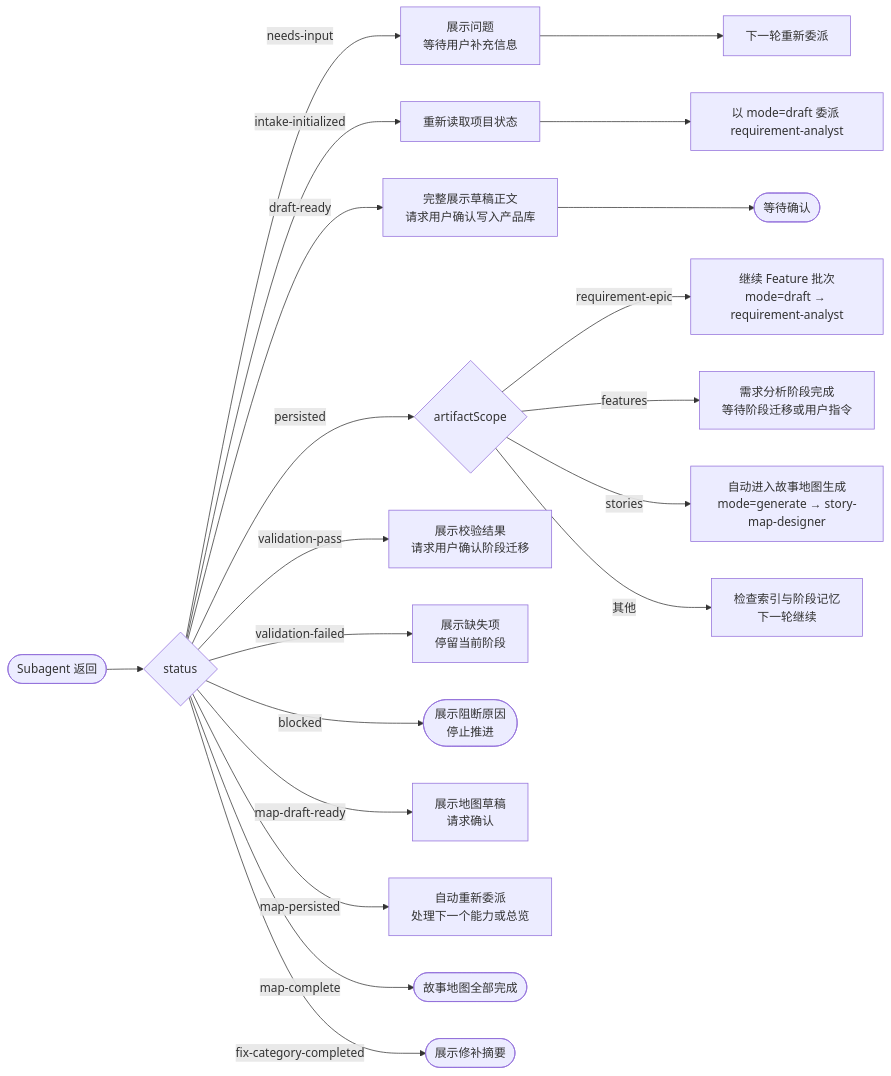
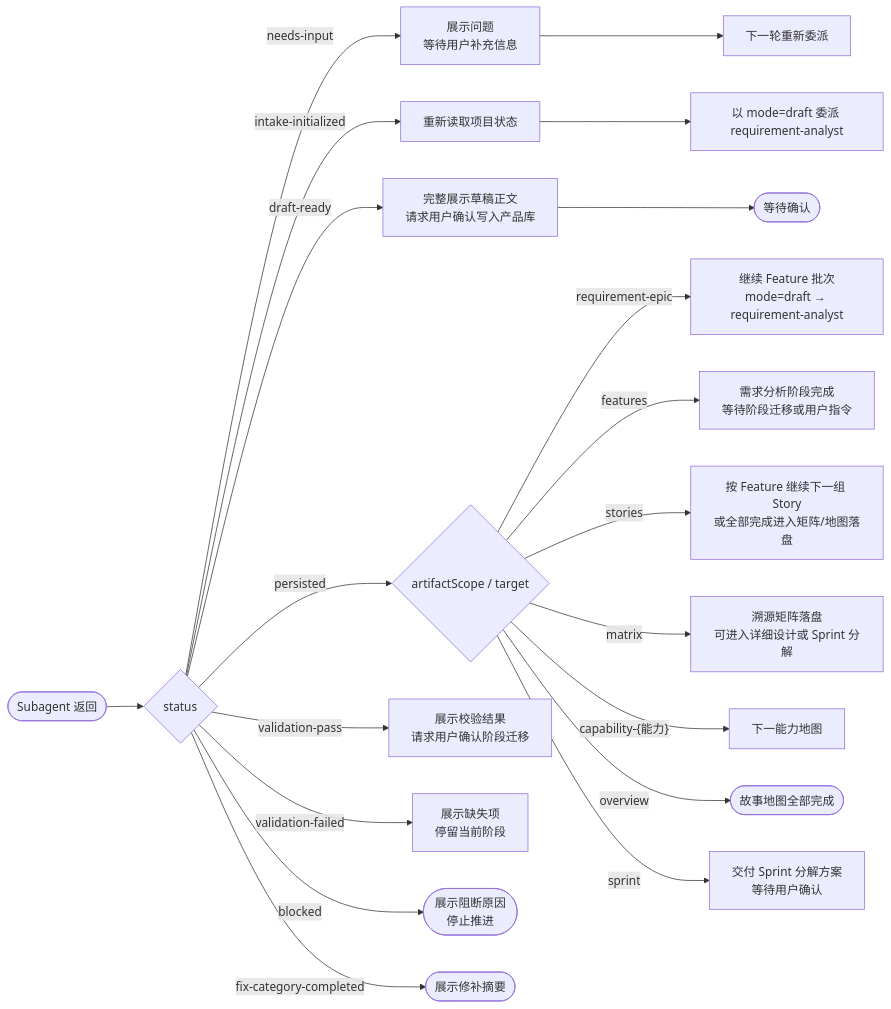
The second of 8 diagrams in README.md (Tiger0521/pm-orchestrator), drawn with Mermaid before and after one commit. The commit also changed other lines of this file and 85 other files, not shown here.

Commit message:
release: V4.0.3 移除用户故事地图总览产物；story-map合并需求拆解、新增sprint-planner与phase-navigator；修复原型框选拖拽锁定与迭代规划表格wikilink转义

````diff
--- a/README.md
+++ b/README.md
@@ -384,30 +390,29 @@
 ```mermaid
 flowchart LR
     Result([Subagent 返回]) --> Status{status}
 
     Status -- needs-input --> Ask[展示问题<br/>等待用户补充信息]
     Ask --> ReDelegate[下一轮重新委派]
 
     Status -- intake-initialized --> ReRead[重新读取项目状态]
     ReRead --> RARedelegate[以 mode=draft 委派 requirement-analyst]
 
     Status -- draft-ready --> Preview[完整展示草稿正文<br/>请求用户确认写入产品库]
     Preview --> WaitInput([等待确认])
 
-    Status -- persisted --> Artifact{artifactScope}
+    Status -- persisted --> Artifact{artifactScope / target}
 
     Artifact -- requirement-epic --> ContinueFeature[继续 Feature 批次<br/>mode=draft → requirement-analyst]
     Artifact -- features --> PhaseComplete[需求分析阶段完成<br/>等待阶段迁移或用户指令]
-    Artifact -- stories --> AutoStoryMap[自动进入故事地图生成<br/>mode=generate → story-map-designer]
-    Artifact -- 其他 --> Continue[检查索引与阶段记忆<br/>下一轮继续]
+    Artifact -- stories --> NextStoryGroup[按 Feature 继续下一组 Story<br/>或全部完成进入矩阵/地图落盘]
+    Artifact -- matrix --> FinishStoryMap[溯源矩阵落盘<br/>可进入详细设计或 Sprint 分解]
+    Artifact -- capability-{能力} --> NextCapability[下一能力地图]
+    Artifact -- overview --> MapDone([故事地图全部完成])
+    Artifact -- sprint --> SprintDone[交付 Sprint 分解方案<br/>等待用户确认]
 
     Status -- validation-pass --> ShowResult[展示校验结果<br/>请求用户确认阶段迁移]
     Status -- validation-failed --> ShowFail[展示缺失项<br/>停留当前阶段]
     Status -- blocked --> Blocked([展示阻断原因<br/>停止推进])
 
-    Status -- map-draft-ready --> ShowMap[展示地图草稿<br/>请求确认]
-    Status -- map-persisted --> NextCapability[自动重新委派<br/>处理下一个能力或总览]
-    Status -- map-complete --> MapDone([故事地图全部完成])
-
     Status -- fix-category-completed --> FixDone([展示修补摘要])
 ```
````
